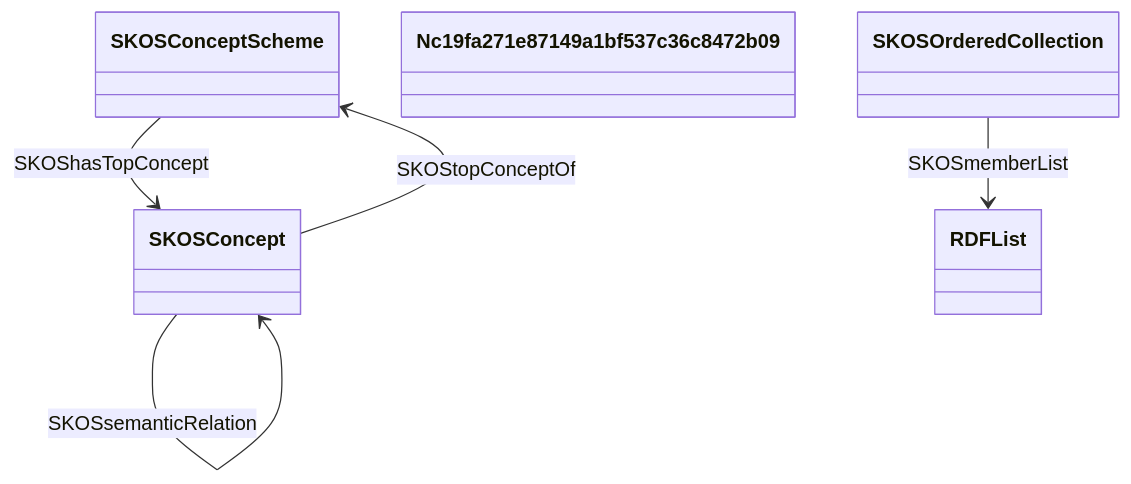
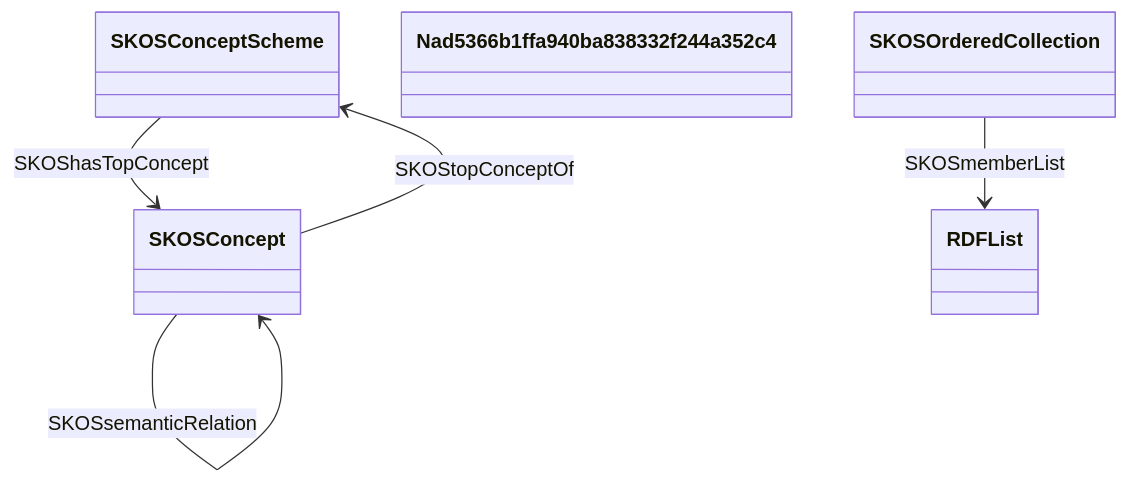
Before and after one commit to oeg-upm/Devos: the diagram in output/Top_in_lov_freq/skos.rdf-freq-5.md, drawn with Mermaid. The commit also changed 186 other files, not shown here.

````diff
--- a/output/Top_in_lov_freq/skos.rdf-freq-5.md
+++ b/output/Top_in_lov_freq/skos.rdf-freq-5.md
@@ -1,31 +1,31 @@
 ```mermaid
 	classDiagram
 
     
     class SKOSConceptScheme {
     
     }
 
     class SKOSConcept {
     
     }
 
-    class Nc19fa271e87149a1bf537c36c8472b09 {
+    class Nad5366b1ffa940ba838332f244a352c4 {
     
     }
 
     class RDFList {
     
     }
 
 
 
 SKOSOrderedCollection  --> RDFList   :SKOSmemberList  
 
 SKOSConcept  --> SKOSConcept   :SKOSsemanticRelation  
 
 SKOSConceptScheme  --> SKOSConcept   :SKOShasTopConcept  
 
 SKOSConcept  --> SKOSConceptScheme   :SKOStopConceptOf  
 
 ```
````
